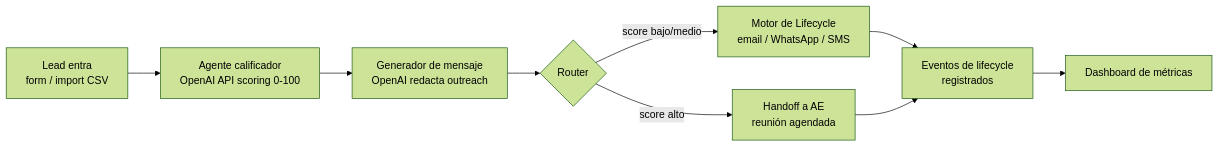
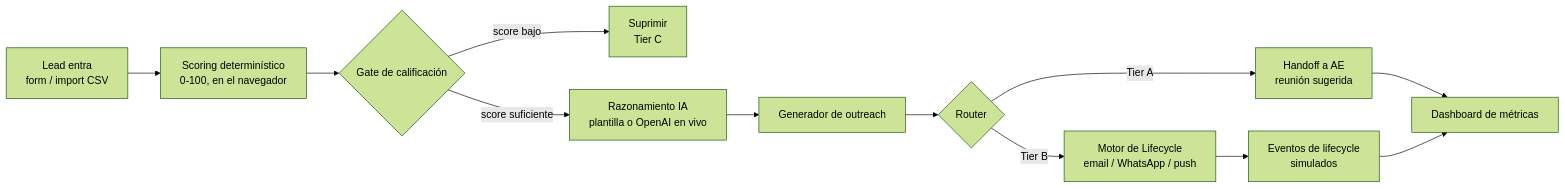
Before and after one commit to apogeoconsara/portafolioclara: the diagram in README.md, drawn with Mermaid (forest theme). The commit also changed other lines of this file and 23 other files, not shown here.

````diff
--- a/README.md
+++ b/README.md
@@ -35,11 +63,14 @@
 ```mermaid
 flowchart LR
-    A[Lead entra\nform / import CSV] --> B[Agente calificador\nOpenAI API scoring 0-100]
-    B --> C[Generador de mensaje\nOpenAI redacta outreach]
-    C --> D{Router}
-    D -->|score alto| E[Handoff a AE\nreunión agendada]
-    D -->|score bajo/medio| F[Motor de Lifecycle\nemail / WhatsApp / SMS]
-    F --> G[Eventos de lifecycle\nregistrados]
-    E --> G
-    G --> H[Dashboard de métricas]
+    A[Lead entra\nform / import CSV] --> B[Scoring determinístico\n0-100, en el navegador]
+    B --> C{Gate de calificación}
+    C -->|score bajo| S[Suprimir\nTier C]
+    C -->|score suficiente| D[Razonamiento IA\nplantilla o OpenAI en vivo]
+    D --> E[Generador de outreach]
+    E --> F{Router}
+    F -->|Tier A| G[Handoff a AE\nreunión sugerida]
+    F -->|Tier B| H[Motor de Lifecycle\nemail / WhatsApp / push]
+    H --> I[Eventos de lifecycle\nsimulados]
+    G --> J[Dashboard de métricas]
+    I --> J
 ```
````
